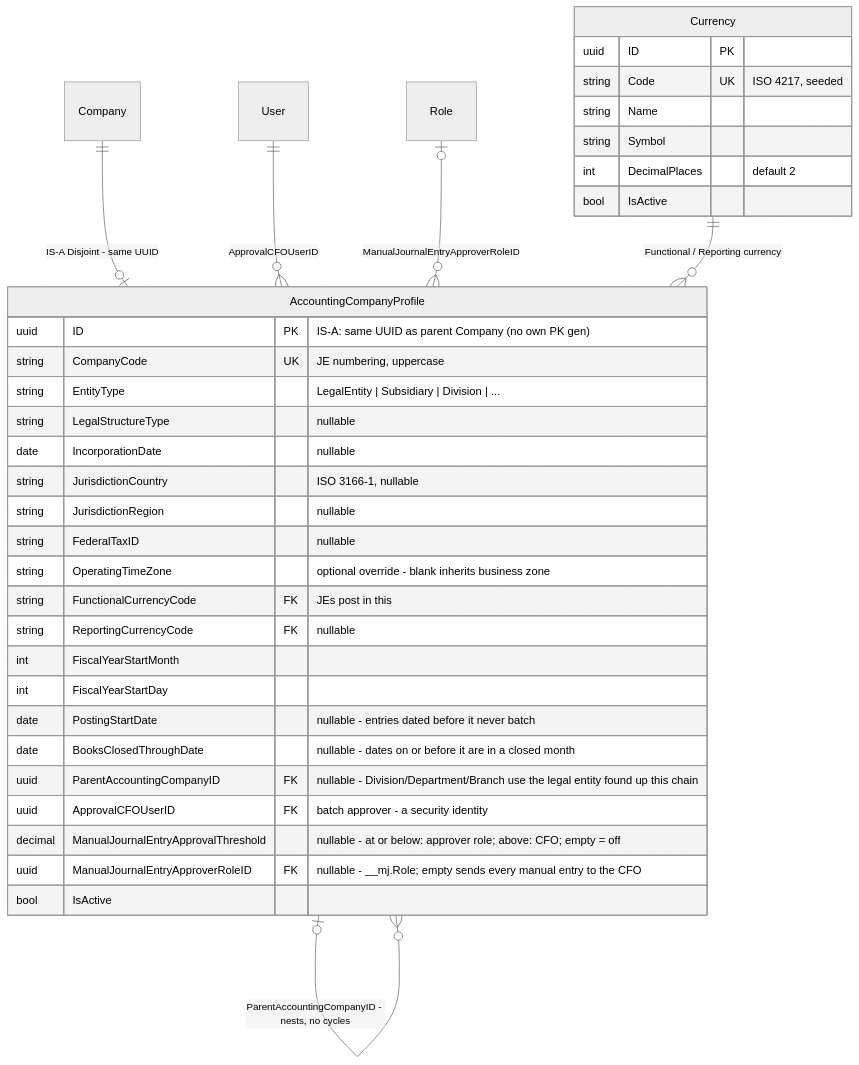
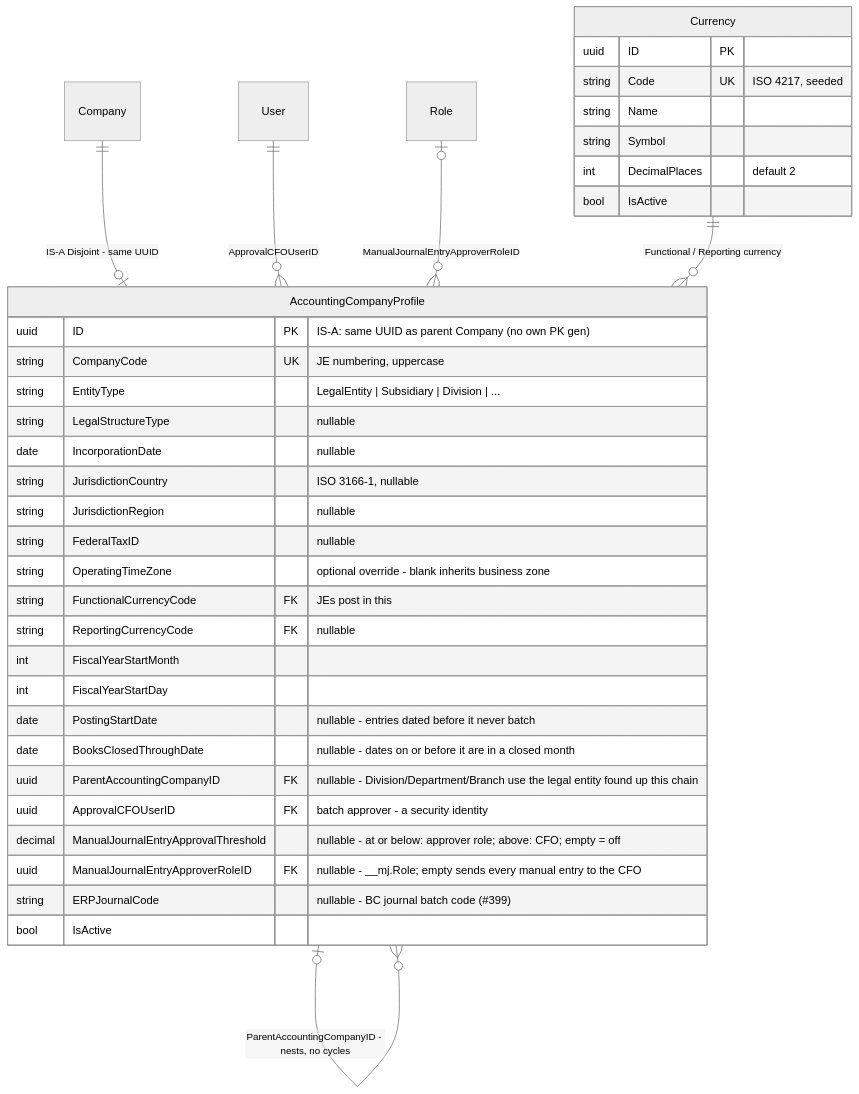
The third of 14 diagrams in docs/bizapps-accounting-erd.md (MemberJunction/bizapps-accounting), drawn with Mermaid (neutral theme) before and after one commit. The commit also changed other lines of this file and 102 other files, not shown here.

Commit message:
feat(accounting): post-go-live hardening, ERP sync/posting safety, batch & lookup schema

````diff
--- a/docs/bizapps-accounting-erd.md
+++ b/docs/bizapps-accounting-erd.md
@@ -587,39 +613,40 @@
 ```mermaid
 erDiagram
     Company ||--o| AccountingCompanyProfile : "IS-A Disjoint - same UUID"
     User ||--o{ AccountingCompanyProfile : "ApprovalCFOUserID"
     Role |o--o{ AccountingCompanyProfile : "ManualJournalEntryApproverRoleID"
     Currency ||--o{ AccountingCompanyProfile : "Functional / Reporting currency"
     AccountingCompanyProfile |o--o{ AccountingCompanyProfile : "ParentAccountingCompanyID - nests, no cycles"
 
     AccountingCompanyProfile {
         uuid ID PK "IS-A: same UUID as parent Company (no own PK gen)"
         string CompanyCode UK "JE numbering, uppercase"
         string EntityType "LegalEntity | Subsidiary | Division | ..."
         string LegalStructureType "nullable"
         date IncorporationDate "nullable"
         string JurisdictionCountry "ISO 3166-1, nullable"
         string JurisdictionRegion "nullable"
         string FederalTaxID "nullable"
         string OperatingTimeZone "optional override - blank inherits business zone"
         string FunctionalCurrencyCode FK "JEs post in this"
         string ReportingCurrencyCode FK "nullable"
         int FiscalYearStartMonth
         int FiscalYearStartDay
         date PostingStartDate "nullable - entries dated before it never batch"
         date BooksClosedThroughDate "nullable - dates on or before it are in a closed month"
         uuid ParentAccountingCompanyID FK "nullable - Division/Department/Branch use the legal entity found up this chain"
         uuid ApprovalCFOUserID FK "batch approver - a security identity"
         decimal ManualJournalEntryApprovalThreshold "nullable - at or below: approver role; above: CFO; empty = off"
         uuid ManualJournalEntryApproverRoleID FK "nullable - __mj.Role; empty sends every manual entry to the CFO"
+        string ERPJournalCode "nullable - BC journal batch code (#399)"
         bool IsActive
     }
     Currency {
         uuid ID PK
         string Code UK "ISO 4217, seeded"
         string Name
         string Symbol
         int DecimalPlaces "default 2"
         bool IsActive
     }
 ```
````
